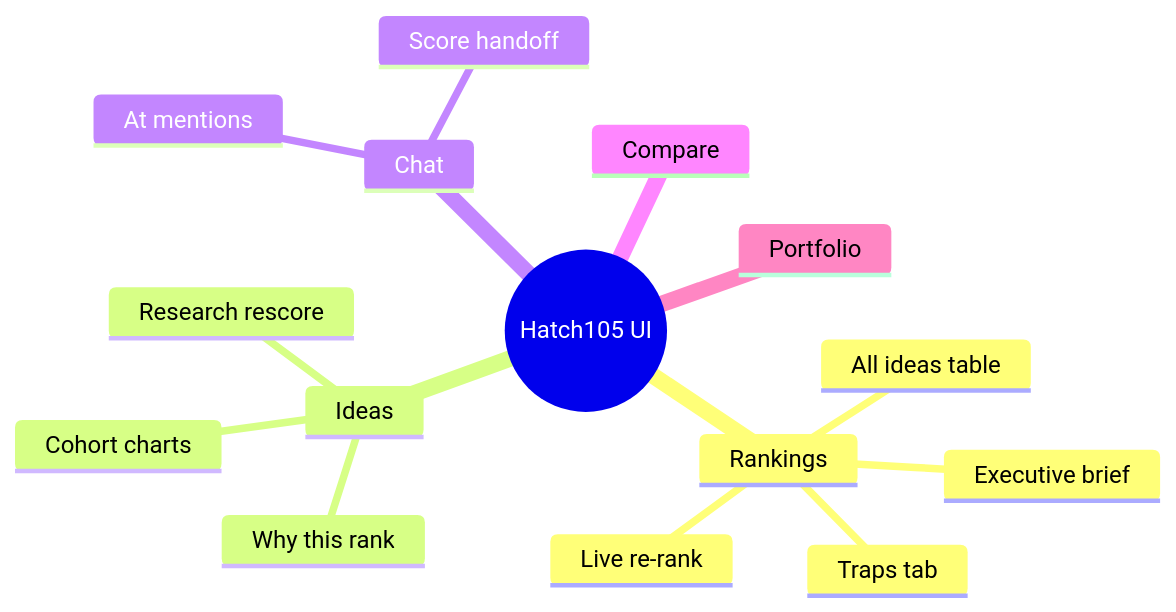
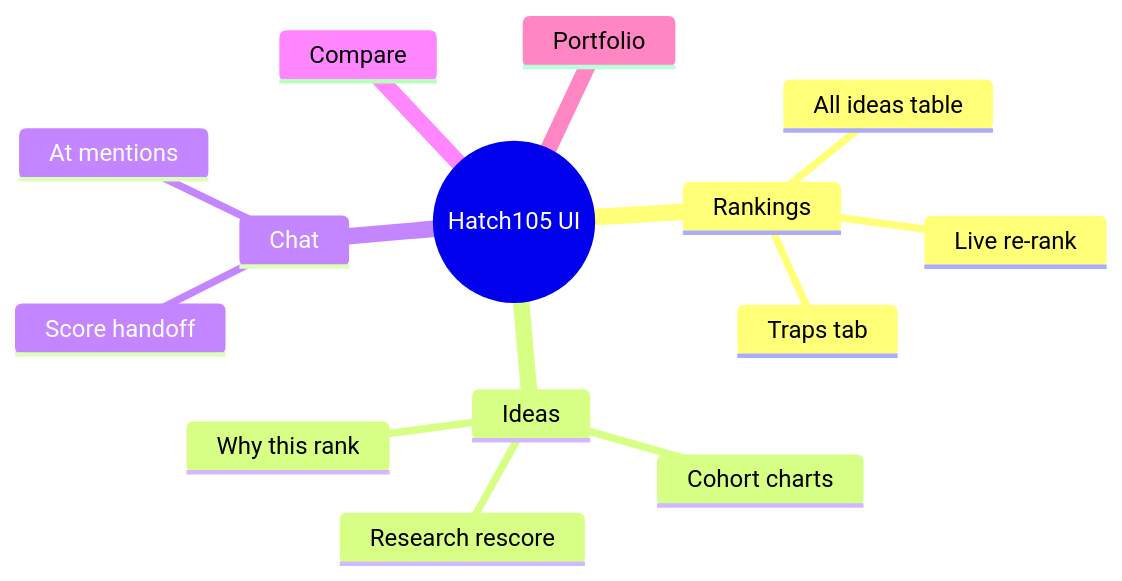
Before and after one commit to Manoj7ar/Hatch105-Project: the first of 31 diagrams in README.md, drawn with Mermaid. The commit also changed other lines of this file and 47 other files, not shown here.

````diff
--- a/README.md
+++ b/README.md
@@ -62,18 +62,17 @@
 ```mermaid
 mindmap
   root((Hatch105 UI))
     Rankings
       All ideas table
       Traps tab
       Live re-rank
-      Executive brief
     Ideas
       Cohort charts
       Why this rank
       Research rescore
     Chat
       At mentions
       Score handoff
     Compare
     Portfolio
 ```
````
